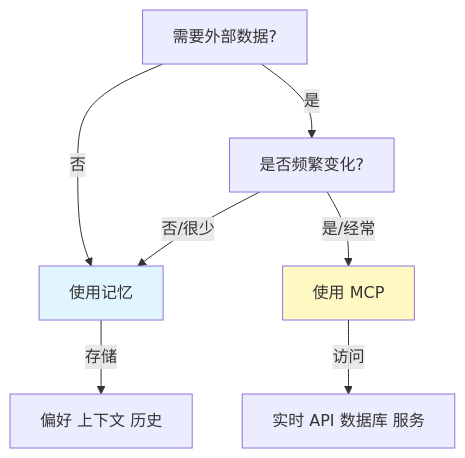
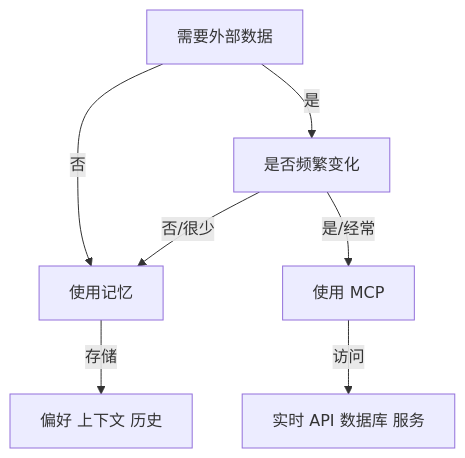
One commit to Rx782-Fss/claude-howto-zh changed diagram 15 of 31 in claude_concepts_guide.md. Above: the diagram before and after it, drawn with Mermaid. The commit also changed other lines of this file and 104 other files, not shown here.

````diff
--- a/claude_concepts_guide.md
+++ b/claude_concepts_guide.md
@@ -1189,14 +1178,12 @@
 ```mermaid
 graph TD
-    A["需要外部数据?"]
+    A["需要外部数据"]
     A -->|否| B["使用记忆"]
-    A -->|是| C["是否频繁变化?"]
+    A -->|是| C["是否频繁变化"]
     C -->|否/很少| B
     C -->|是/经常| D["使用 MCP"]
 
     B -->|存储| E["偏好 上下文 历史"]
     D -->|访问| F["实时 API 数据库 服务"]
 
-    style B fill:#e1f5ff
-    style D fill:#fff9c4
 ```
````
